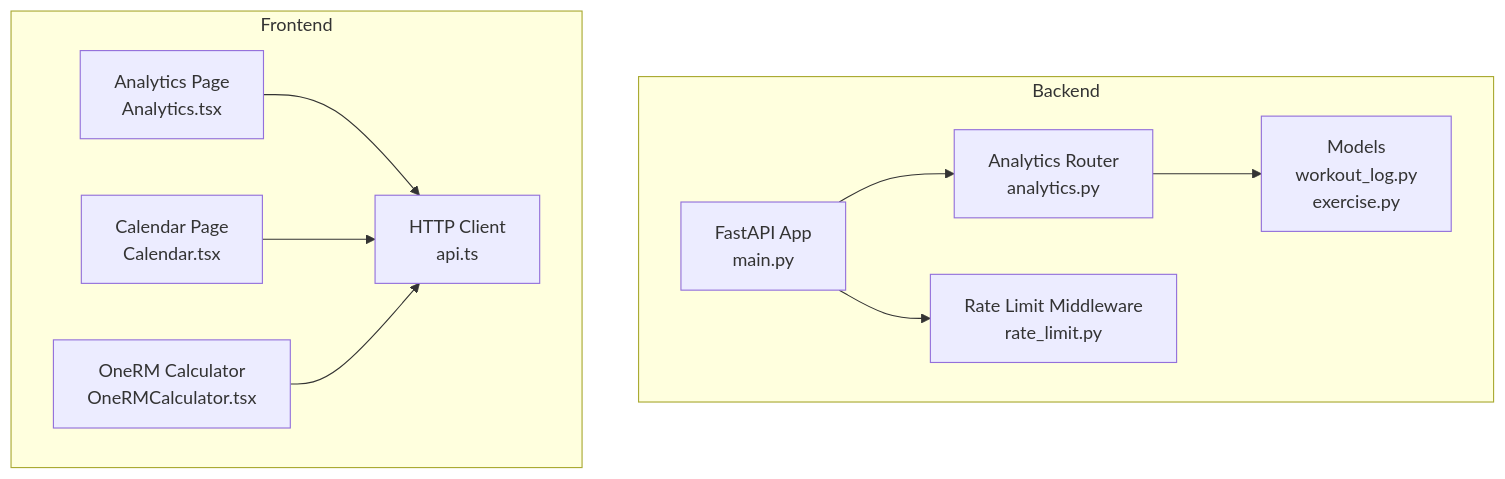
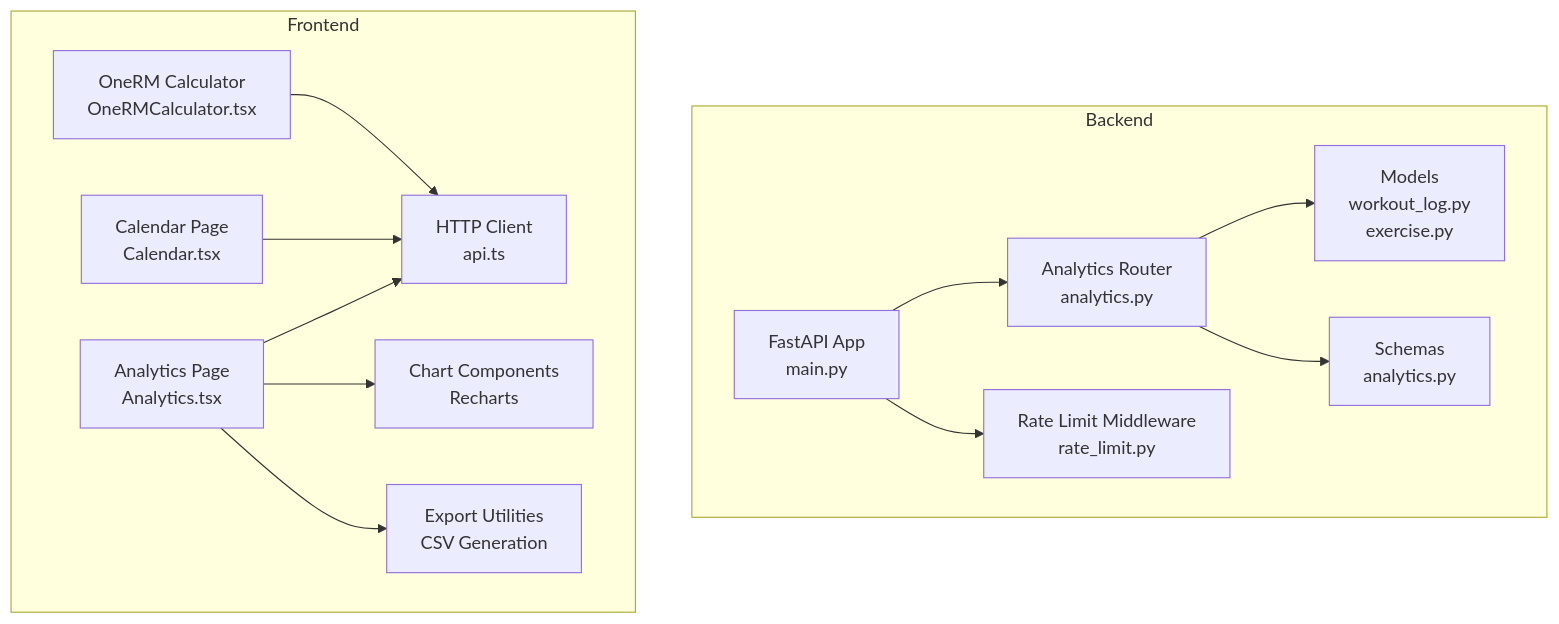
Before and after one commit to nilsnavi/fit_trackerpro: the first of 7 diagrams in .qoder/repowiki/en/content/Feature Implementation/Analytics & Insights Dashboard.md, drawn with Mermaid. The commit also changed other lines of this file and 19 other files, not shown here.

````diff
--- a/.qoder/repowiki/en/content/Feature Implementation/Analytics & Insights Dashboard.md
+++ b/.qoder/repowiki/en/content/Feature Implementation/Analytics & Insights Dashboard.md
@@ -39,21 +53,27 @@
 ```mermaid
 graph TB
 subgraph "Backend"
 A["FastAPI App<br/>main.py"]
 B["Analytics Router<br/>analytics.py"]
 C["Models<br/>workout_log.py<br/>exercise.py"]
 D["Rate Limit Middleware<br/>rate_limit.py"]
+E["Schemas<br/>analytics.py"]
 end
 subgraph "Frontend"
-E["Analytics Page<br/>Analytics.tsx"]
-F["Calendar Page<br/>Calendar.tsx"]
-G["OneRM Calculator<br/>OneRMCalculator.tsx"]
-H["HTTP Client<br/>api.ts"]
+F["Analytics Page<br/>Analytics.tsx"]
+G["Calendar Page<br/>Calendar.tsx"]
+H["OneRM Calculator<br/>OneRMCalculator.tsx"]
+I["HTTP Client<br/>api.ts"]
+J["Chart Components<br/>Recharts"]
+K["Export Utilities<br/>CSV Generation"]
 end
 A --> B
 B --> C
+B --> E
 A --> D
-E --> H
-F --> H
-G --> H
+F --> I
+F --> J
+F --> K
+G --> I
+H --> I
 ```
````
